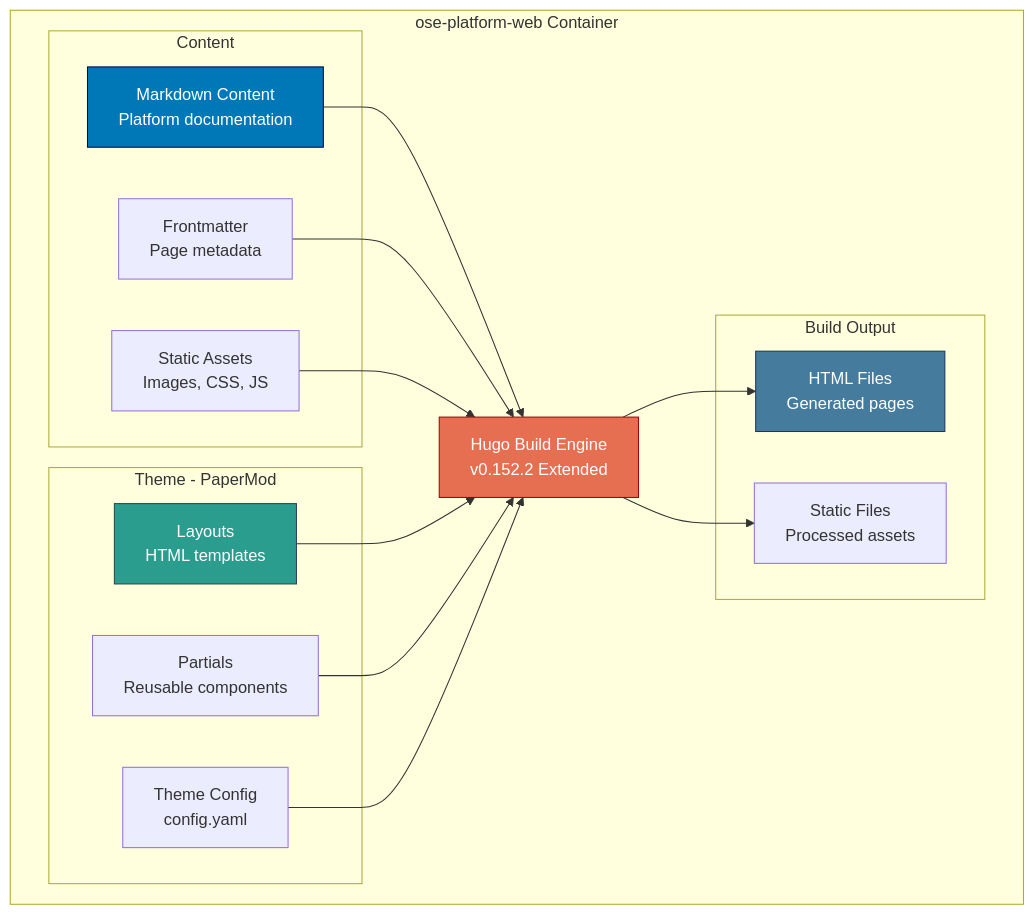
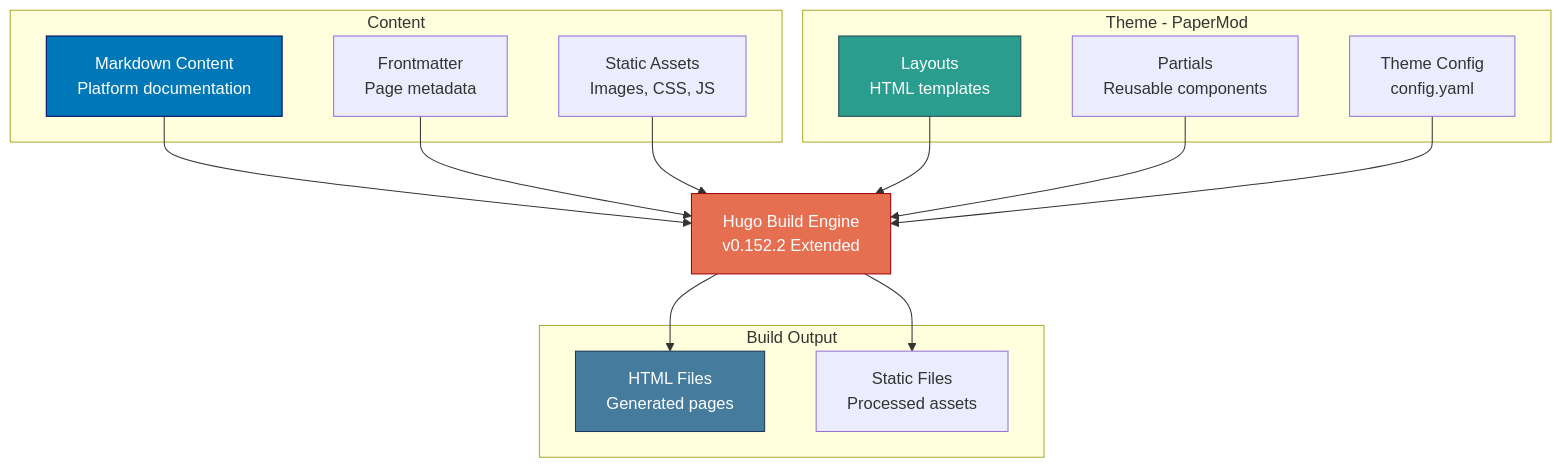
The eighth of 21 diagrams in docs/reference/re__system-architecture.md (wahidyankf/open-sharia-enterprise), drawn with Mermaid before and after one commit. The commit also changed other lines of this file, not shown here.

First line of the commit message:
fix(docs): resolve Mermaid nested subgraph syntax errors in C4 diagrams

````diff
--- a/docs/reference/re__system-architecture.md
+++ b/docs/reference/re__system-architecture.md
@@ -617,37 +609,35 @@
 ```mermaid
 graph TB
-    subgraph "ose-platform-web Container"
-        subgraph "Content"
-            MD_CONTENT[Markdown Content<br/>Platform documentation]
-            FRONTMATTER_OSE[Frontmatter<br/>Page metadata]
-            ASSETS[Static Assets<br/>Images, CSS, JS]
-        end
+    subgraph "Content"
+        MD_CONTENT[Markdown Content<br/>Platform documentation]
+        FRONTMATTER_OSE[Frontmatter<br/>Page metadata]
+        ASSETS[Static Assets<br/>Images, CSS, JS]
+    end
 
-        subgraph "Theme - PaperMod"
-            LAYOUTS_OSE[Layouts<br/>HTML templates]
-            PARTIALS_OSE[Partials<br/>Reusable components]
-            THEME_CONFIG[Theme Config<br/>config.yaml]
-        end
+    subgraph "Theme - PaperMod"
+        LAYOUTS_OSE[Layouts<br/>HTML templates]
+        PARTIALS_OSE[Partials<br/>Reusable components]
+        THEME_CONFIG[Theme Config<br/>config.yaml]
+    end
 
-        subgraph "Build Output"
-            HTML_OSE[HTML Files<br/>Generated pages]
-            STATIC_OSE[Static Files<br/>Processed assets]
-        end
+    subgraph "Build Output"
+        HTML_OSE[HTML Files<br/>Generated pages]
+        STATIC_OSE[Static Files<br/>Processed assets]
+    end
 
-        HUGO_OSE[Hugo Build Engine<br/>v0.152.2 Extended]
-    end
+    HUGO_OSE[Hugo Build Engine<br/>v0.152.2 Extended]
 
     MD_CONTENT --> HUGO_OSE
     FRONTMATTER_OSE --> HUGO_OSE
     LAYOUTS_OSE --> HUGO_OSE
     PARTIALS_OSE --> HUGO_OSE
     THEME_CONFIG --> HUGO_OSE
     ASSETS --> HUGO_OSE
     HUGO_OSE --> HTML_OSE
     HUGO_OSE --> STATIC_OSE
 
     style MD_CONTENT fill:#0077b6,stroke:#03045e,color:#ffffff
     style LAYOUTS_OSE fill:#2a9d8f,stroke:#264653,color:#ffffff
     style HUGO_OSE fill:#e76f51,stroke:#9d0208,color:#ffffff
     style HTML_OSE fill:#457b9d,stroke:#1d3557,color:#ffffff
 ```
````
